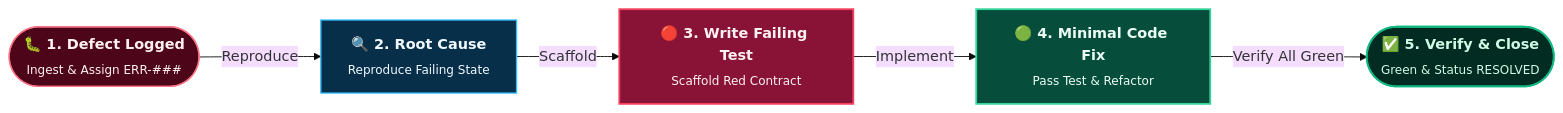
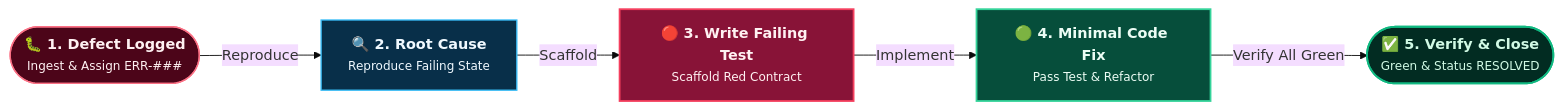
One commit to rmsofficialsyt/Agentic-AI-Vibe-Coding-AND-SDD-TDD-Codebase-Chandan-Adhikary changed the diagram in SDD-TDD-Chandan-Adhikary/Spec-Driven-Development/docs/error-tracker.md. Above: the diagram before and after it, drawn with Mermaid (base theme). The commit also changed 27 other files, not shown here.

Commit message:
docs: resolve text overlap and scattering across all diagrams via semantic typography and layout contracts

````diff
--- a/SDD-TDD-Chandan-Adhikary/Spec-Driven-Development/docs/error-tracker.md
+++ b/SDD-TDD-Chandan-Adhikary/Spec-Driven-Development/docs/error-tracker.md
@@ -20,19 +20,19 @@
 ```mermaid
 flowchart LR
     classDef err fill:#4c0519,stroke:#fb7185,stroke-width:1.5px,color:#fff1f2;
     classDef step fill:#082f49,stroke:#38bdf8,stroke-width:1.5px,color:#f0f9ff;
     classDef red fill:#881337,stroke:#f43f5e,stroke-width:2px,color:#fff1f2;
     classDef green fill:#064e3b,stroke:#34d399,stroke-width:2px,color:#ecfdf5;
     classDef close fill:#022c22,stroke:#10b981,stroke-width:2px,color:#d1fae5;
 
-    Detect(["<b>🐛 1. Defect Logged</b><br/><sub>Ingest & Assign ERR-###</sub>"]):::err
-    Isolate["<b>🔍 2. Root Cause</b><br/><sub>Reproduce Failing State</sub>"]:::step
-    RegressionTest["<b>🔴 3. Write Failing Test</b><br/><sub>Scaffold Red Contract</sub>"]:::red
-    Patch["<b>🟢 4. Minimal Code Fix</b><br/><sub>Pass Test & Refactor</sub>"]:::green
-    Verify(["<b>✅ 5. Verify & Close</b><br/><sub>Green & Status RESOLVED</sub>"]):::close
+    Detect(["<b>🐛 1. Defect Logged</b><br/><small>Ingest & Assign ERR-###</small>"]):::err
+    Isolate["<b>🔍 2. Root Cause</b><br/><small>Reproduce Failing State</small>"]:::step
+    RegressionTest["<b>🔴 3. Write Failing Test</b><br/><small>Scaffold Red Contract</small>"]:::red
+    Patch["<b>🟢 4. Minimal Code Fix</b><br/><small>Pass Test & Refactor</small>"]:::green
+    Verify(["<b>✅ 5. Verify & Close</b><br/><small>Green & Status RESOLVED</small>"]):::close
 
     Detect -->|"Reproduce"| Isolate
     Isolate -->|"Scaffold"| RegressionTest
     RegressionTest -->|"Implement"| Patch
     Patch -->|"Verify All Green"| Verify
 ```
````
